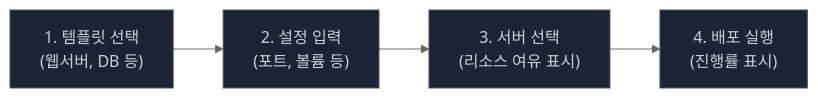
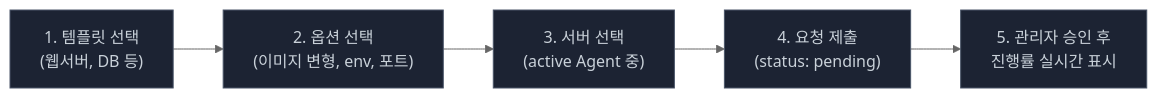
One commit to qkr7287/HyperCube changed the eighth of 12 diagrams in docs/to-be-architecture.md. Above: the diagram before and after it, drawn with Mermaid (neutral theme). The commit also changed other lines of this file, not shown here.

````diff
--- a/docs/to-be-architecture.md
+++ b/docs/to-be-architecture.md
@@ -598,11 +600,13 @@
 ```mermaid
 graph LR
-    A["1. 템플릿 선택<br/>(웹서버, DB 등)"] --> B["2. 설정 입력<br/>(포트, 볼륨 등)"]
-    B --> C["3. 서버 선택<br/>(리소스 여유 표시)"]
-    C --> D["4. 배포 실행<br/>(진행률 표시)"]
+    A["1. 템플릿 선택<br/>(웹서버, DB 등)"] --> B["2. 옵션 선택<br/>(이미지 변형, env, 포트)"]
+    B --> C["3. 서버 선택<br/>(active Agent 중)"]
+    C --> D["4. 요청 제출<br/>(status: pending)"]
+    D --> E["5. 관리자 승인 후<br/>진행률 실시간 표시"]
 
     style A fill:#1c2333,stroke:#4a5568,color:#c9d1d9
     style B fill:#1c2333,stroke:#4a5568,color:#c9d1d9
     style C fill:#1c2333,stroke:#4a5568,color:#c9d1d9
     style D fill:#1c2333,stroke:#4a5568,color:#c9d1d9
+    style E fill:#1c2333,stroke:#4a5568,color:#c9d1d9
 ```
````
